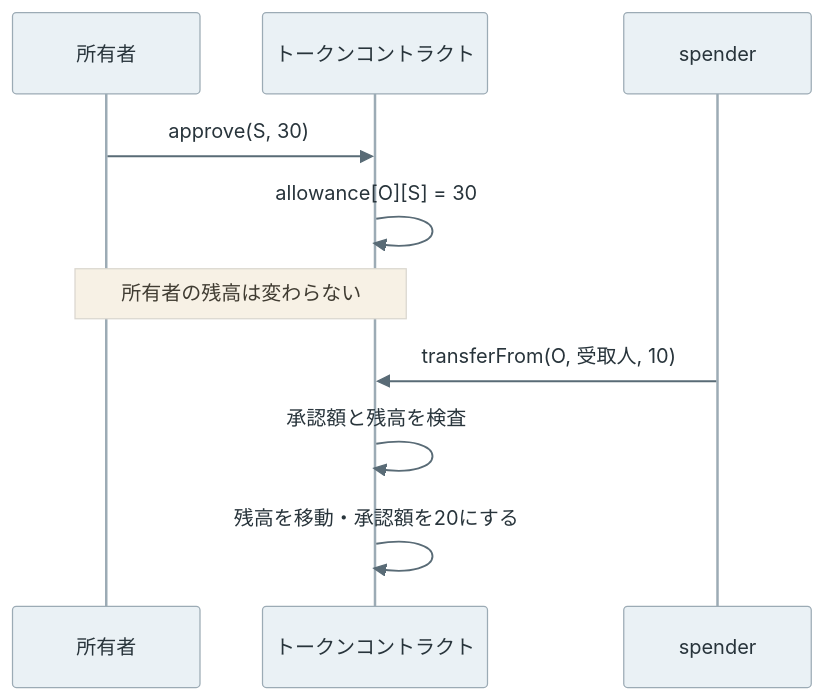
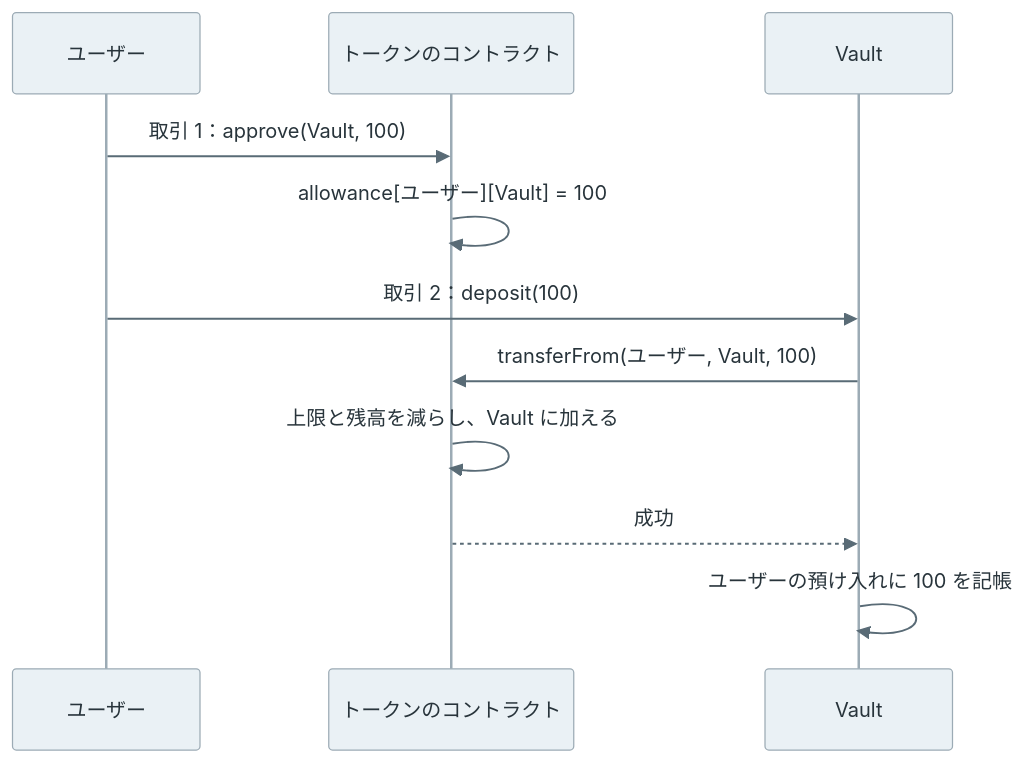
The diagram in content/notes/blockchain-systems/erc-20/index.md (nao1215/debimate), drawn with Mermaid before and after one commit. The commit also changed other lines of this file and 26 other files, not shown here.

````diff
--- a/content/notes/blockchain-systems/erc-20/index.md
+++ b/content/notes/blockchain-systems/erc-20/index.md
@@ -122,13 +96,14 @@
 ```mermaid
-%%{init: {"theme":"base","themeVariables":{"primaryColor":"#eaf1f5","primaryTextColor":"#28343b","primaryBorderColor":"#9cabb5","lineColor":"#596b76","textColor":"#28343b","actorBkg":"#eaf1f5","actorBorder":"#9cabb5","actorTextColor":"#28343b","signalColor":"#596b76","signalTextColor":"#28343b","noteBkgColor":"#f7f1e5","noteTextColor":"#403c32"}}}%%
+%%{init: {"theme":"base","themeVariables":{"primaryColor":"#eaf1f5","primaryTextColor":"#28343b","primaryBorderColor":"#9cabb5","lineColor":"#596b76","textColor":"#28343b","actorBkg":"#eaf1f5","actorBorder":"#9cabb5","actorTextColor":"#28343b","actorLineColor":"#9cabb5","signalColor":"#596b76","signalTextColor":"#28343b","noteBkgColor":"#f7f1e5","noteBorderColor":"#c5b99b","noteTextColor":"#403c32","activationBkgColor":"#edf3ef","activationBorderColor":"#9aafa1"}}}%%
 sequenceDiagram
-    participant O as 所有者
-    participant T as トークンコントラクト
-    participant S as spender
-    O->>T: approve(S, 30)
-    T->>T: allowance[O][S] = 30
-    Note over O,T: 所有者の残高は変わらない
-    S->>T: transferFrom(O, 受取人, 10)
-    T->>T: 承認額と残高を検査
-    T->>T: 残高を移動・承認額を20にする
+    participant U as ユーザー
+    participant T as トークンのコントラクト
+    participant V as Vault
+    U->>T: 取引 1：approve(Vault, 100)
+    T->>T: allowance[ユーザー][Vault] = 100
+    U->>V: 取引 2：deposit(100)
+    V->>T: transferFrom(ユーザー, Vault, 100)
+    T->>T: 上限と残高を減らし、Vault に加える
+    T-->>V: 成功
+    V->>V: ユーザーの預け入れに 100 を記帳
 ```
````
